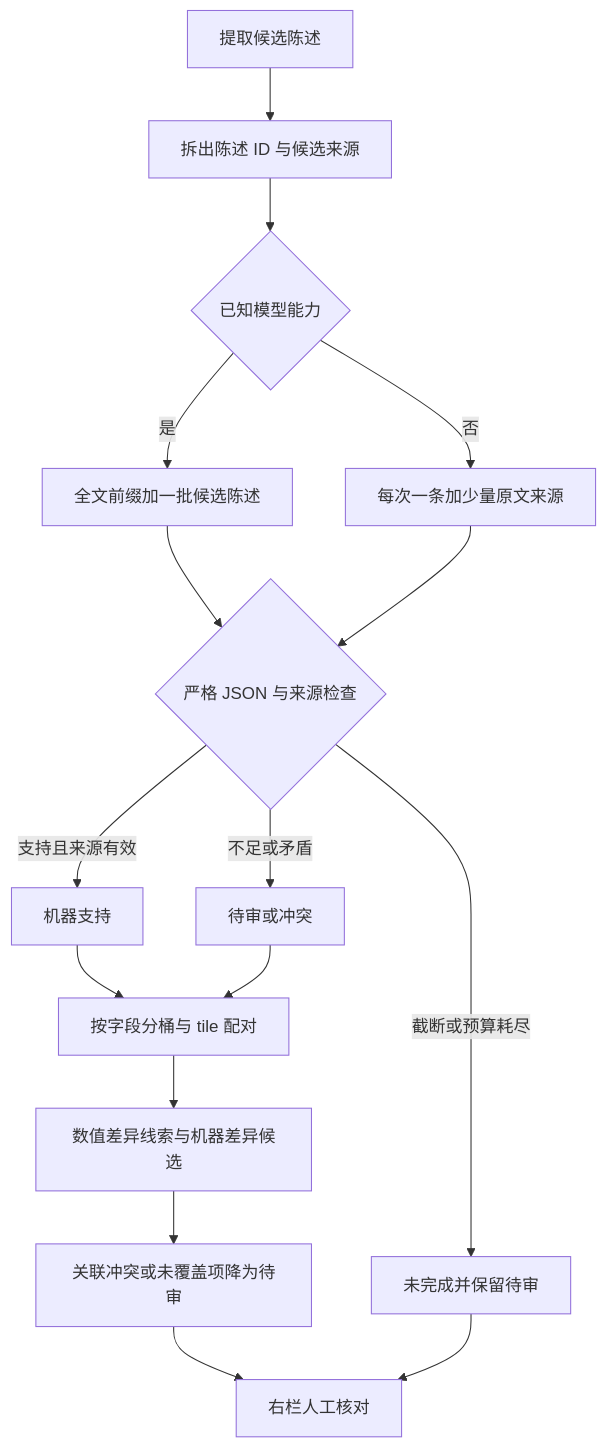
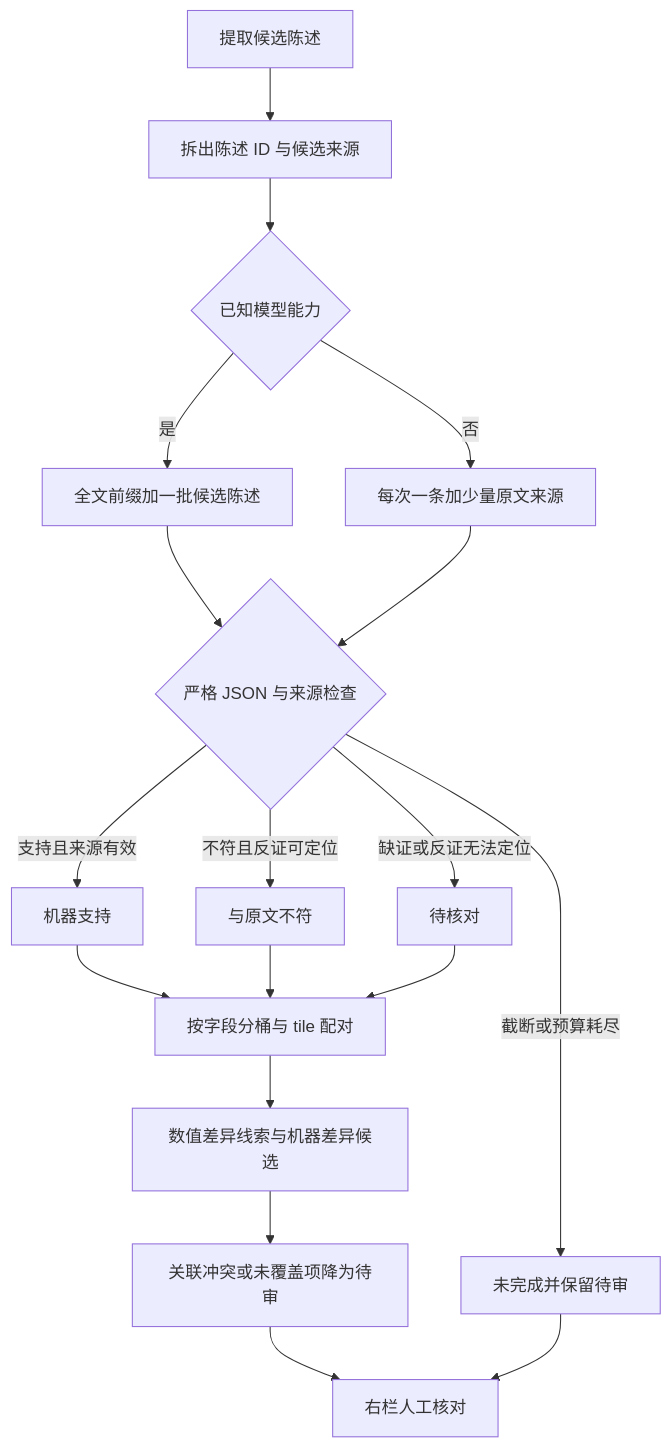
Before and after one commit to kingjone0/litprism: the third of 3 diagrams in docs/modules/03-阅读提取与协作审核.md, drawn with Mermaid. The commit also changed other lines of this file and 14 other files, not shown here.

````diff
--- a/docs/modules/03-阅读提取与协作审核.md
+++ b/docs/modules/03-阅读提取与协作审核.md
@@ -101,18 +101,20 @@
 ```mermaid
 flowchart TD
     A[提取候选陈述] --> B[拆出陈述 ID 与候选来源]
     B --> CAP{已知模型能力}
     CAP -->|是| C[全文前缀加一批候选陈述]
     CAP -->|否| LEGACY[每次一条加少量原文来源]
     C --> D{严格 JSON 与来源检查}
     LEGACY --> D
     D -->|支持且来源有效| S[机器支持]
-    D -->|不足或矛盾| P[待审或冲突]
+    D -->|不符且反证可定位| CITE[与原文不符]
+    D -->|缺证或反证无法定位| P[待核对]
     D -->|截断或预算耗尽| U[未完成并保留待审]
     S --> X[按字段分桶与 tile 配对]
+    CITE --> X
     P --> X
     X --> Y[数值差异线索与机器差异候选]
     Y --> Z[关联冲突或未覆盖项降为待审]
     Z --> H[右栏人工核对]
     U --> H
 ```
````
